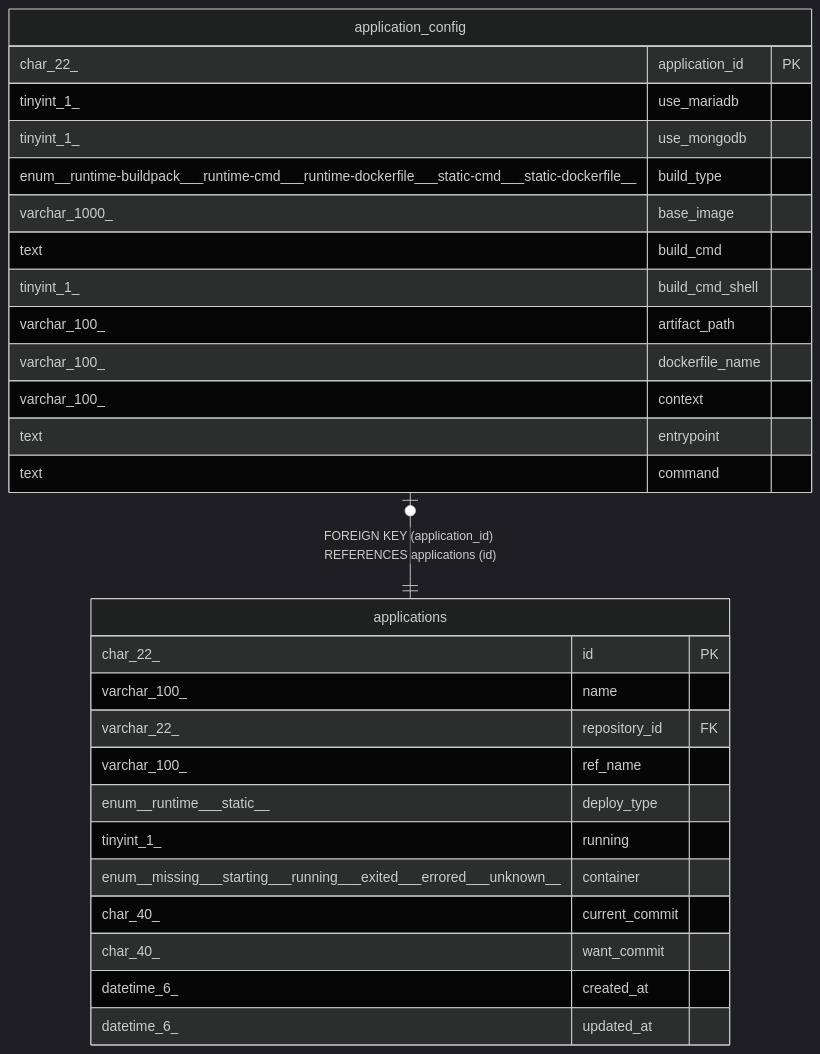
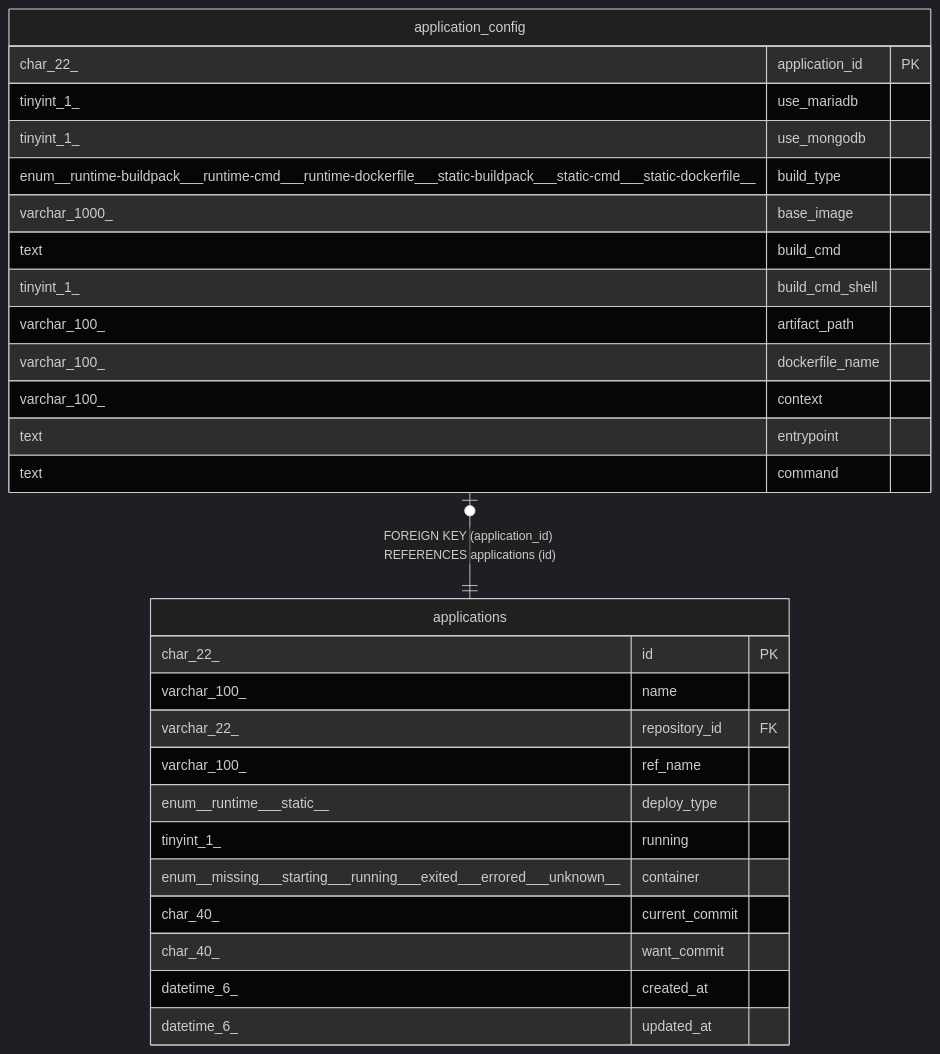
The diagram in docs/dbschema/application_config.md (traPtitech/NeoShowcase), drawn with Mermaid (dark theme) before and after one commit. The commit also changed other lines of this file and 31 other files, not shown here.

Commit message:
impl static buildpack

````diff
--- a/docs/dbschema/application_config.md
+++ b/docs/dbschema/application_config.md
@@ -63,33 +63,33 @@
 ```mermaid
 erDiagram
 
 "application_config" |o--|| "applications" : "FOREIGN KEY (application_id) REFERENCES applications (id)"
 
 "application_config" {
   char_22_ application_id PK
   tinyint_1_ use_mariadb
   tinyint_1_ use_mongodb
-  enum__runtime-buildpack___runtime-cmd___runtime-dockerfile___static-cmd___static-dockerfile__ build_type
+  enum__runtime-buildpack___runtime-cmd___runtime-dockerfile___static-buildpack___static-cmd___static-dockerfile__ build_type
   varchar_1000_ base_image
   text build_cmd
   tinyint_1_ build_cmd_shell
   varchar_100_ artifact_path
   varchar_100_ dockerfile_name
   varchar_100_ context
   text entrypoint
   text command
 }
 "applications" {
   char_22_ id PK
   varchar_100_ name
   varchar_22_ repository_id FK
   varchar_100_ ref_name
   enum__runtime___static__ deploy_type
   tinyint_1_ running
   enum__missing___starting___running___exited___errored___unknown__ container
   char_40_ current_commit
   char_40_ want_commit
   datetime_6_ created_at
   datetime_6_ updated_at
 }
 ```
````
